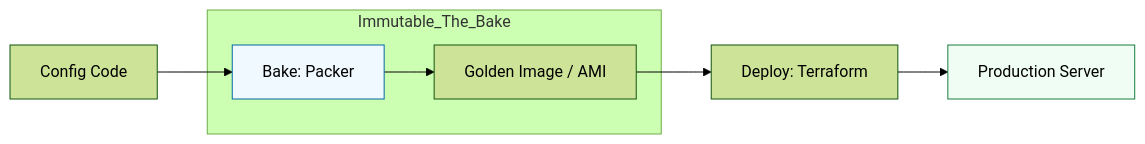
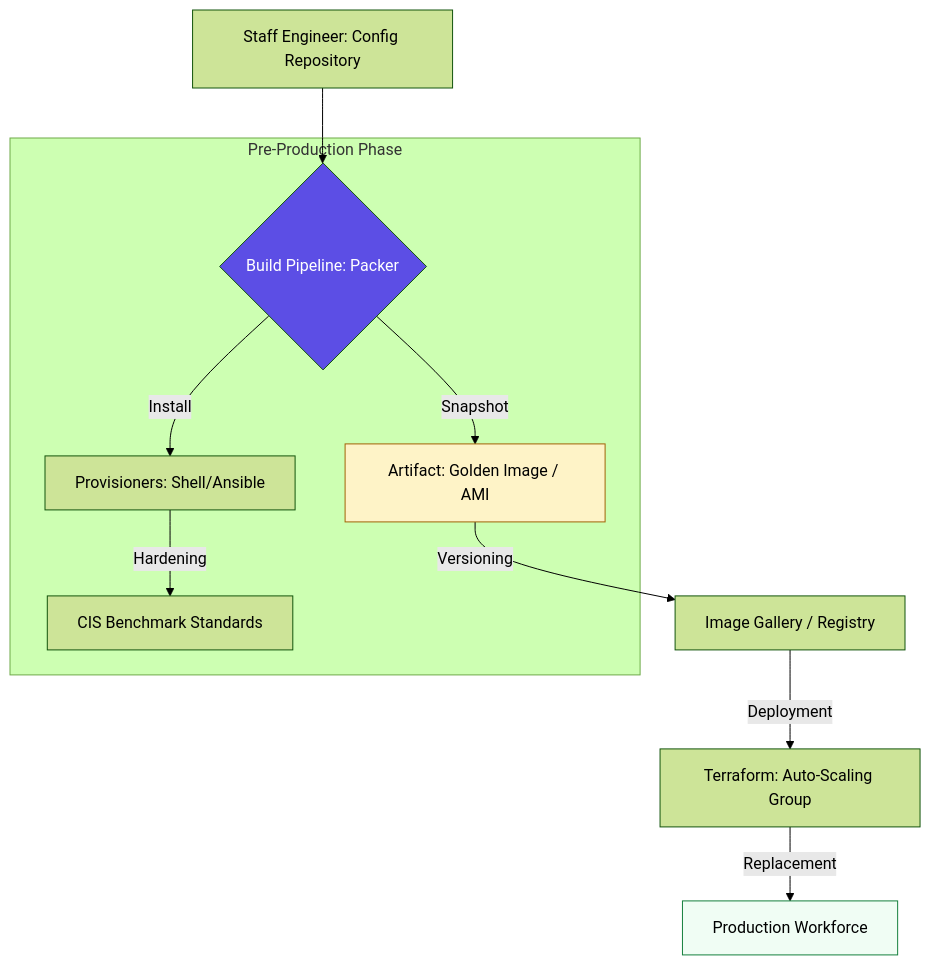
One commit to Ganil151/Devops changed the diagram in 2-Intermediate/02-Phase-2/01-Infrastructure-Automation/02-Config-Management/04-Immutable-Infrastructure/README.md. Above: the diagram before and after it, drawn with Mermaid (forest theme). The commit also changed other lines of this file and 281 other files, not shown here.

````diff
--- a/2-Intermediate/02-Phase-2/01-Infrastructure-Automation/02-Config-Management/04-Immutable-Infrastructure/README.md
+++ b/2-Intermediate/02-Phase-2/01-Infrastructure-Automation/02-Config-Management/04-Immutable-Infrastructure/README.md
@@ -13,15 +13,21 @@
 ```mermaid
-graph LR
-    Code[Config Code] --> Bake[Bake: Packer]
-    Bake --> AMI[Golden Image / AMI]
-    AMI --> Deploy[Deploy: Terraform]
-    Deploy --> Run[Production Server]
+graph TD
+    A[Staff Engineer: Config Repository] --> B{Build Pipeline: Packer}
+    B -- Install --> C[Provisioners: Shell/Ansible]
+    C -- Hardening --> D[CIS Benchmark Standards]
+    B -- Snapshot --> E[Artifact: Golden Image / AMI]
+    E -- Versioning --> F[Image Gallery / Registry]
+    F -- Deployment --> G[Terraform: Auto-Scaling Group]
+    G -- Replacement --> H[Production Workforce]
     
-    subgraph Immutable_The_Bake
-    Bake
-    AMI
+    subgraph The_Bake_Cycle[Pre-Production Phase]
+        B
+        C
+        D
+        E
     end
     
-    style Bake fill:#f0f9ff,stroke:#0369a1
-    style Run fill:#f0fdf4,stroke:#15803d
+    style B fill:#5c4ee5,color:#fff
+    style E fill:#fef3c7,stroke:#a16207
+    style H fill:#f0fdf4,stroke:#15803d
 ```
````
